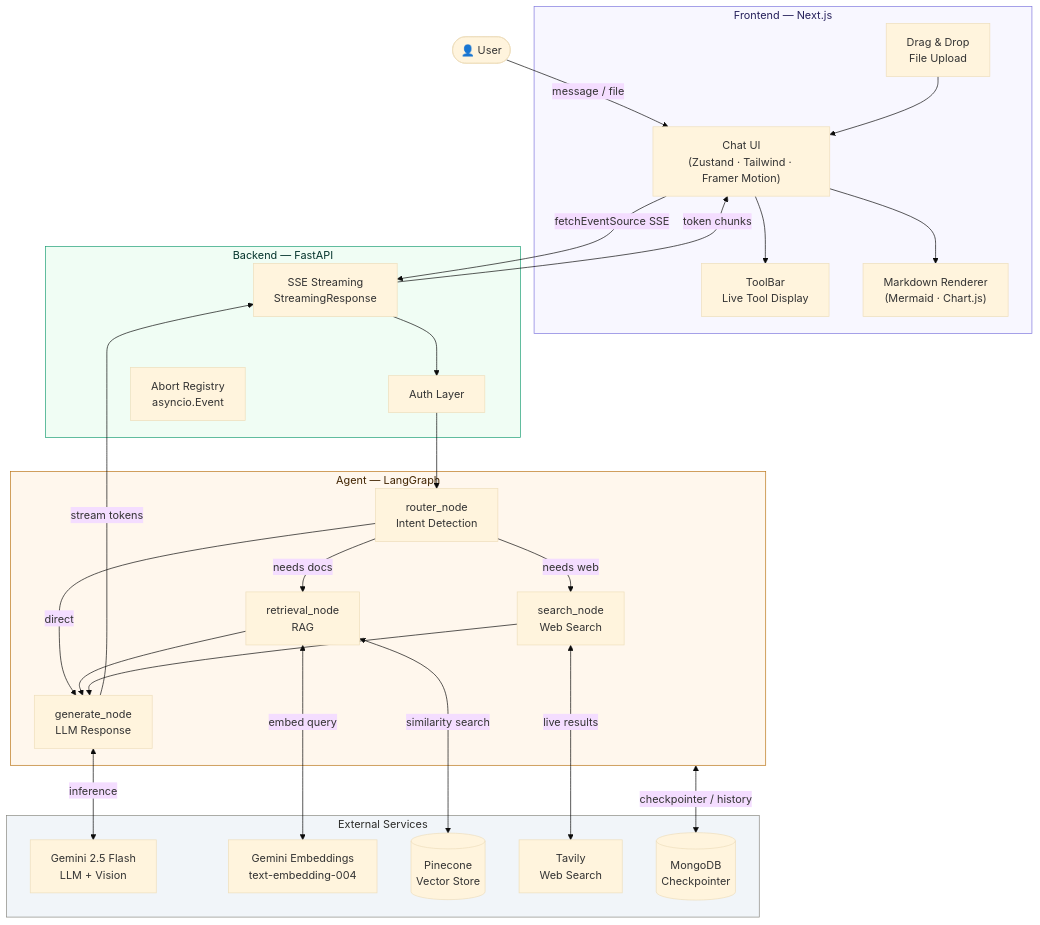
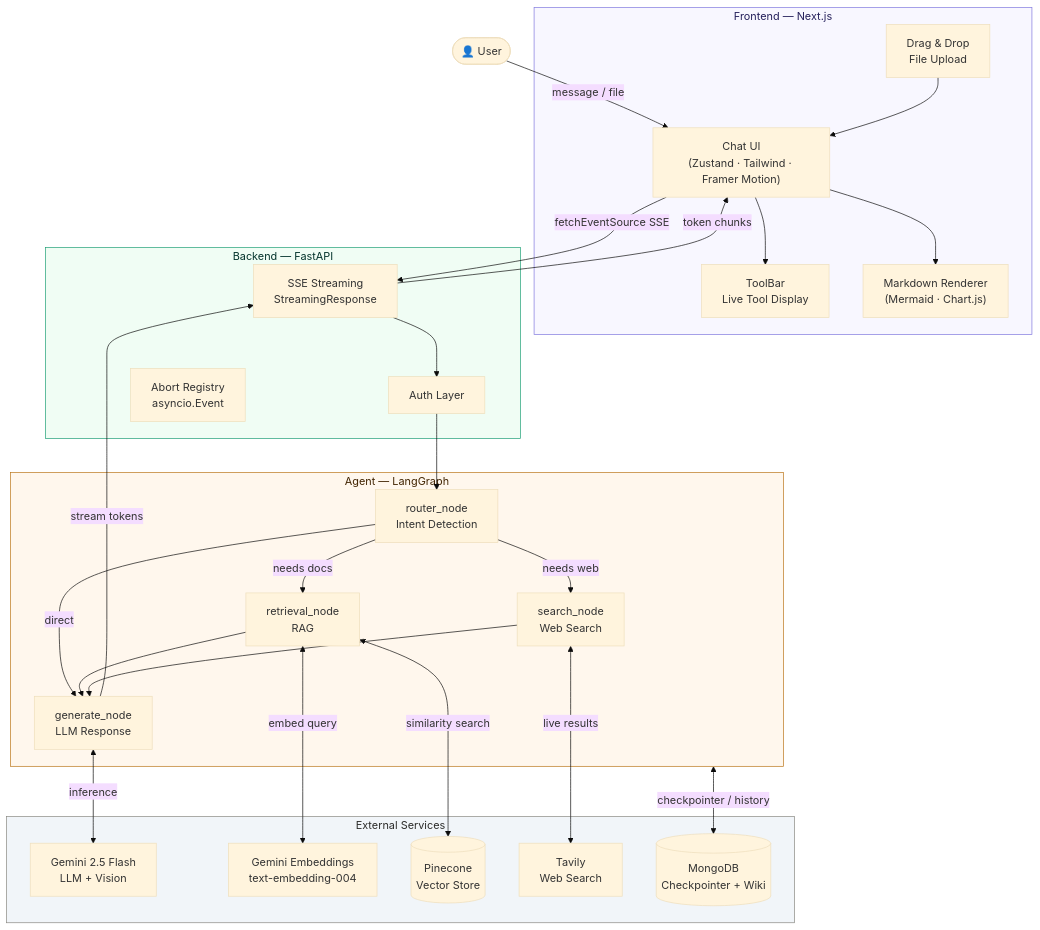
The first of 3 diagrams in README.md (Shivanshxsharma/ALFRED), drawn with Mermaid (base theme) before and after one commit. The commit also changed other lines of this file, not shown here.

````diff
--- a/README.md
+++ b/README.md
@@ -52,58 +53,58 @@
 ```mermaid
 graph TD
     User(["👤 User"])
 
     subgraph Frontend ["Frontend — Next.js"]
         UI["Chat UI<br/>(Zustand · Tailwind · Framer Motion)"]
         DND["Drag & Drop<br/>File Upload"]
         TOOLBAR["ToolBar<br/>Live Tool Display"]
         MD["Markdown Renderer<br/>(Mermaid · Chart.js)"]
     end
 
     subgraph Backend ["Backend — FastAPI"]
         SSE["SSE Streaming<br/>StreamingResponse"]
         AUTH["Auth Layer"]
         ABORT["Abort Registry<br/>asyncio.Event"]
     end
 
     subgraph Agent ["Agent — LangGraph"]
         ROUTER["router_node<br/>Intent Detection"]
         RETRIEVAL["retrieval_node<br/>RAG"]
         SEARCH["search_node<br/>Web Search"]
         GENERATE["generate_node<br/>LLM Response"]
     end
 
     subgraph External ["External Services"]
         GEMINI["Gemini 2.5 Flash<br/>LLM + Vision"]
         EMBED["Gemini Embeddings<br/>text-embedding-004"]
         PINECONE[("Pinecone<br/>Vector Store")]
         TAVILY["Tavily<br/>Web Search"]
-        MONGO[("MongoDB<br/>Checkpointer")]
+        MONGO[("MongoDB<br/>Checkpointer + Wiki")]
     end
 
     User -->|"message / file"| UI
     DND --> UI
     UI -->|"fetchEventSource SSE"| SSE
     SSE --> AUTH
     AUTH --> ROUTER
     ROUTER -->|"needs docs"| RETRIEVAL
     ROUTER -->|"needs web"| SEARCH
     ROUTER -->|"direct"| GENERATE
     RETRIEVAL --> GENERATE
     SEARCH --> GENERATE
     GENERATE -->|"stream tokens"| SSE
     SSE -->|"token chunks"| UI
     UI --> TOOLBAR
     UI --> MD
 
     RETRIEVAL <-->|"similarity search"| PINECONE
     RETRIEVAL <-->|"embed query"| EMBED
     SEARCH <-->|"live results"| TAVILY
     GENERATE <-->|"inference"| GEMINI
     Agent <-->|"checkpointer / history"| MONGO
 
     style Frontend fill:#f8f7ff,stroke:#7F77DD,color:#26215C
     style Backend fill:#f0fdf4,stroke:#1D9E75,color:#04342C
     style Agent fill:#fff7ed,stroke:#BA7517,color:#412402
     style External fill:#f1f5f9,stroke:#888780,color:#2C2C2A
 ```
````
